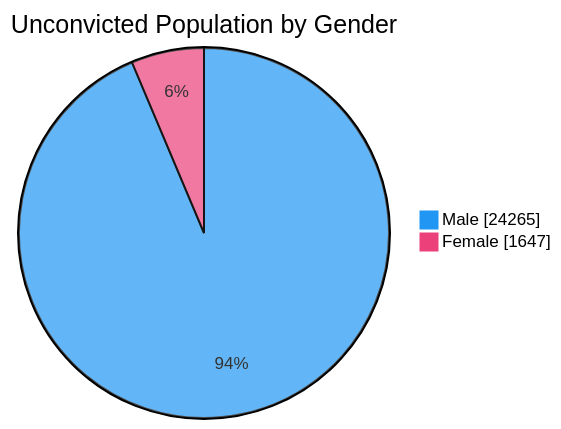
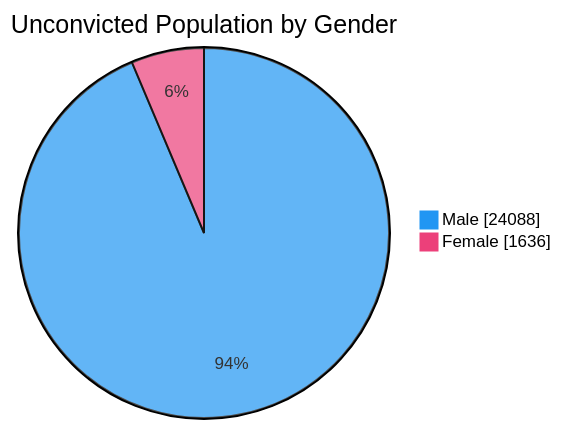
Before and after one commit to nuuuwan/lk_prisons: the fourth of 7 diagrams in README.md, drawn with Mermaid. The commit also changed other lines of this file and 1 other file, not shown here.

````diff
--- a/README.md
+++ b/README.md
@@ -76,6 +76,6 @@
 ```mermaid
 %%{init: {'themeVariables': {'pie1': '#2196F3', 'pie2': '#EC407A'}}}%%
 pie showData title Unconvicted Population by Gender
-    "Male" : 24265
-    "Female" : 1647
+    "Male" : 24088
+    "Female" : 1636
 ```
````
